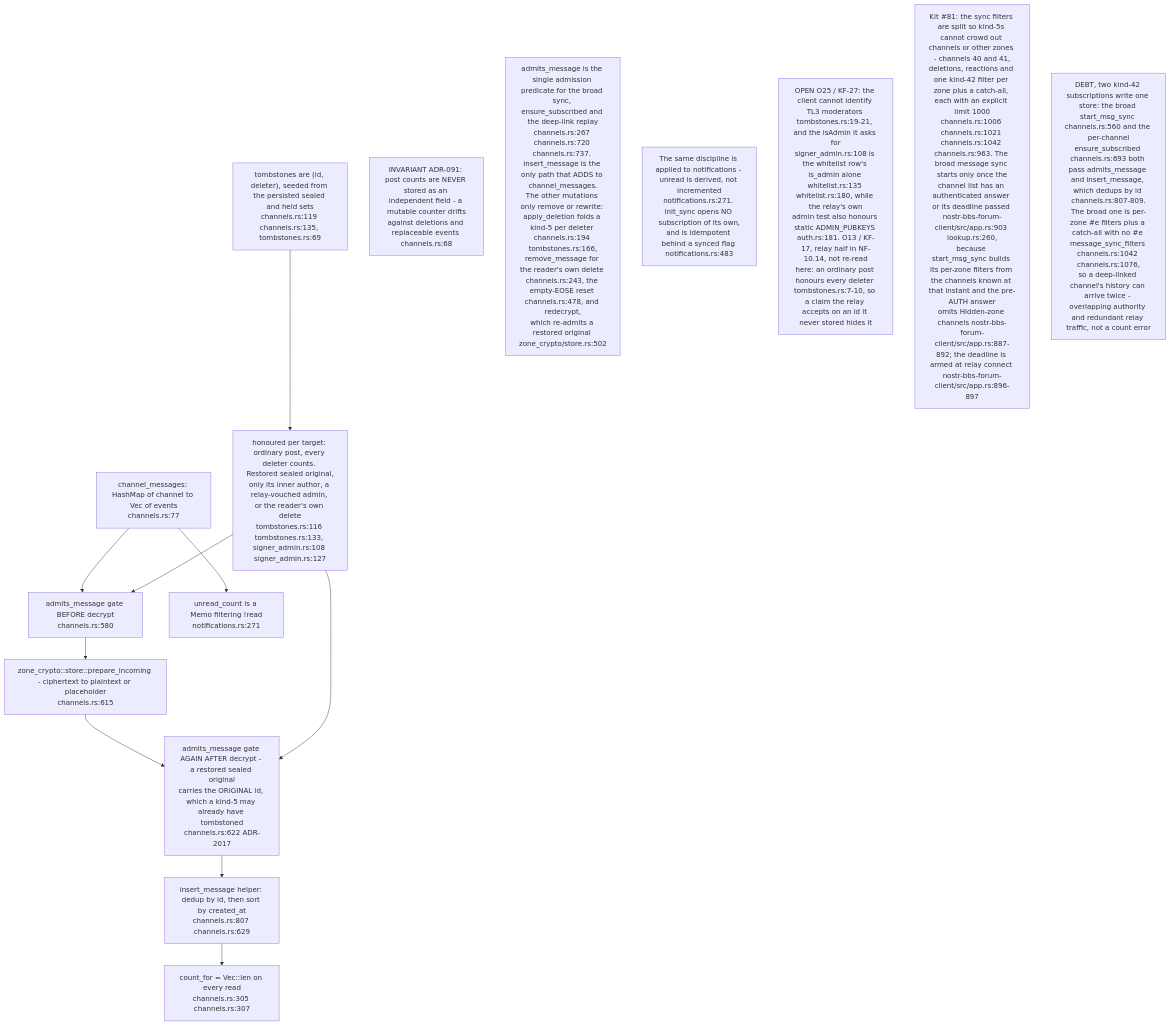
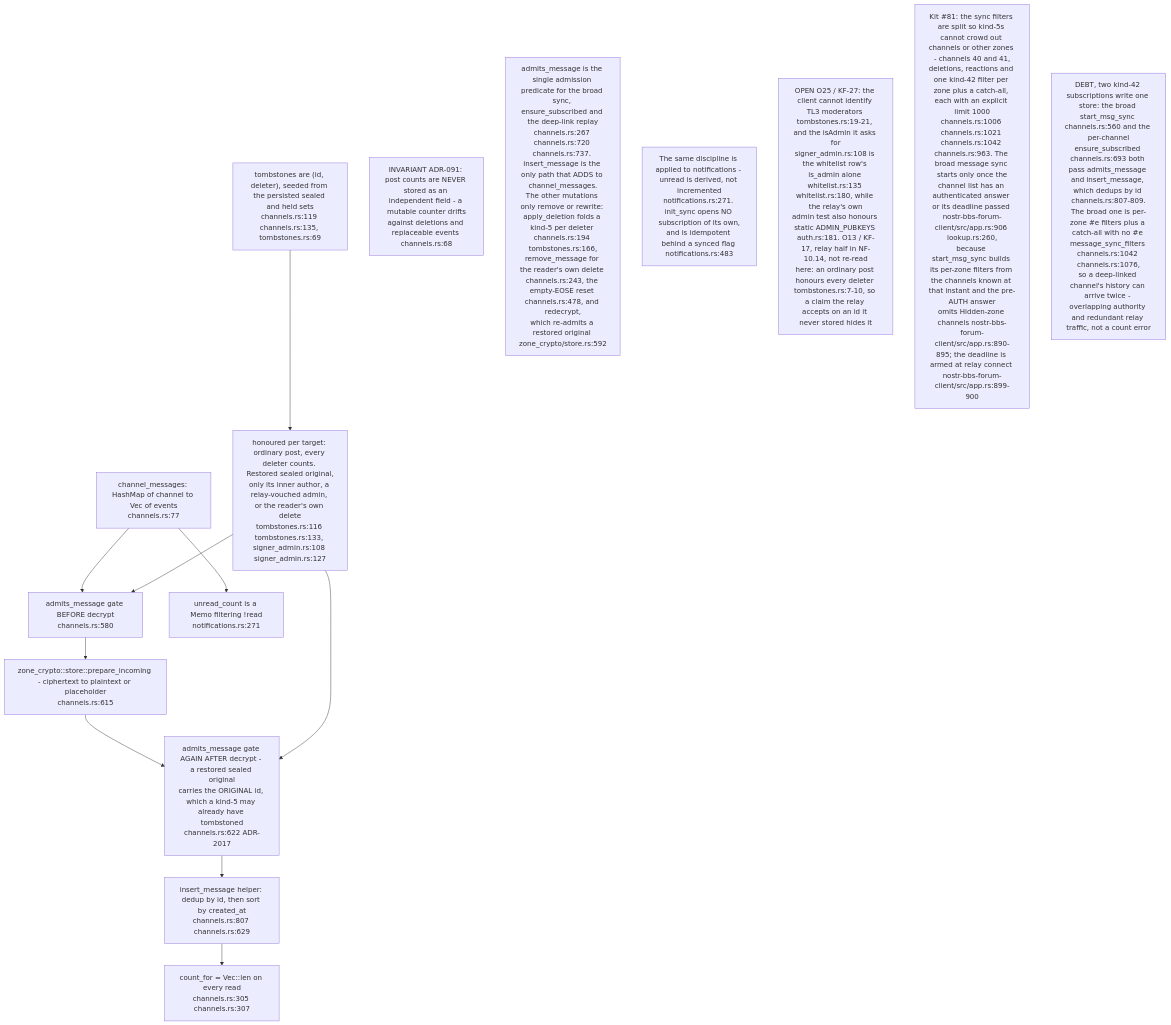
One commit to DreamLab-AI/VisionFlow changed the sixth of 8 diagrams in docs/diagrams/nostr-rust-forum/05-leptos-clients-onboarding-messaging-governance.md. Above: the diagram before and after it, drawn with Mermaid. The commit also changed other lines of this file and 23 other files, not shown here.

First line of the commit message:
docs(diagrams): pass C nostr-rust-forum area re-verified at de31aaa

````diff
--- a/docs/diagrams/nostr-rust-forum/05-leptos-clients-onboarding-messaging-governance.md
+++ b/docs/diagrams/nostr-rust-forum/05-leptos-clients-onboarding-messaging-governance.md
@@ -255,25 +255,25 @@
 ```mermaid
 flowchart TB
     EVS["channel_messages: HashMap of channel to Vec of events<br/>channels.rs:77"]
     TOMB["tombstones are (id, deleter), seeded from the persisted sealed and held sets<br/>channels.rs:119 channels.rs:135, tombstones.rs:69"]
     GATE1["admits_message gate BEFORE decrypt<br/>channels.rs:580"]
     DEC["zone_crypto::store::prepare_incoming - ciphertext to plaintext or placeholder<br/>channels.rs:615"]
     GATE2["admits_message gate AGAIN AFTER decrypt - a restored sealed original<br/>carries the ORIGINAL id, which a kind-5 may already have tombstoned<br/>channels.rs:622 ADR-2017"]
     INS["insert_message helper: dedup by id, then sort by created_at<br/>channels.rs:807 channels.rs:629"]
     CNT["count_for = Vec::len on every read<br/>channels.rs:305 channels.rs:307"]
     UNREAD["unread_count is a Memo filtering !read<br/>notifications.rs:271"]
     HON["honoured per target: ordinary post, every deleter counts. Restored sealed original,<br/>only its inner author, a relay-vouched admin, or the reader's own delete<br/>tombstones.rs:116 tombstones.rs:133, signer_admin.rs:108 signer_admin.rs:127"]
 
     EVS --> GATE1 --> DEC --> GATE2 --> INS --> CNT
     TOMB --> HON
     HON --> GATE1
     HON --> GATE2
     EVS --> UNREAD
 
     N1["INVARIANT ADR-091: post counts are NEVER stored as an independent field - a mutable counter drifts<br/>against deletions and replaceable events channels.rs:68"]
-    N2["admits_message is the single admission predicate for the broad sync, ensure_subscribed and the deep-link replay<br/>channels.rs:267 channels.rs:720 channels.rs:737. insert_message is the only path that ADDS to channel_messages.<br/>The other mutations only remove or rewrite: apply_deletion folds a kind-5 per deleter channels.rs:194 tombstones.rs:166,<br/>remove_message for the reader's own delete channels.rs:243, the empty-EOSE reset channels.rs:478, and redecrypt,<br/>which re-admits a restored original zone_crypto/store.rs:502"]
+    N2["admits_message is the single admission predicate for the broad sync, ensure_subscribed and the deep-link replay<br/>channels.rs:267 channels.rs:720 channels.rs:737. insert_message is the only path that ADDS to channel_messages.<br/>The other mutations only remove or rewrite: apply_deletion folds a kind-5 per deleter channels.rs:194 tombstones.rs:166,<br/>remove_message for the reader's own delete channels.rs:243, the empty-EOSE reset channels.rs:478, and redecrypt,<br/>which re-admits a restored original zone_crypto/store.rs:592"]
     N3["The same discipline is applied to notifications - unread is derived, not incremented<br/>notifications.rs:271. init_sync opens NO subscription of its own,<br/>and is idempotent behind a synced flag notifications.rs:483"]
     N4["OPEN O25 / KF-27: the client cannot identify TL3 moderators tombstones.rs:19-21, and the isAdmin it asks for<br/>signer_admin.rs:108 is the whitelist row's is_admin alone whitelist.rs:135 whitelist.rs:180, while the relay's own<br/>admin test also honours static ADMIN_PUBKEYS auth.rs:181. O13 / KF-17, relay half in NF-10.14, not re-read<br/>here: an ordinary post honours every deleter tombstones.rs:7-10, so a claim the relay accepts on an id it never stored hides it"]
-    N5["Kit #81: the sync filters are split so kind-5s cannot crowd out channels or other zones - channels 40 and 41,<br/>deletions, reactions and one kind-42 filter per zone plus a catch-all, each with an explicit limit 1000<br/>channels.rs:1006 channels.rs:1021 channels.rs:1042 channels.rs:963. The broad message sync starts only once the<br/>channel list has an authenticated answer or its deadline passed nostr-bbs-forum-client/src/app.rs:903 lookup.rs:260,<br/>because start_msg_sync builds its per-zone filters from the channels known at that instant and the pre-AUTH answer<br/>omits Hidden-zone channels nostr-bbs-forum-client/src/app.rs:887-892; the deadline is armed at relay connect nostr-bbs-forum-client/src/app.rs:896-897"]
+    N5["Kit #81: the sync filters are split so kind-5s cannot crowd out channels or other zones - channels 40 and 41,<br/>deletions, reactions and one kind-42 filter per zone plus a catch-all, each with an explicit limit 1000<br/>channels.rs:1006 channels.rs:1021 channels.rs:1042 channels.rs:963. The broad message sync starts only once the<br/>channel list has an authenticated answer or its deadline passed nostr-bbs-forum-client/src/app.rs:906 lookup.rs:260,<br/>because start_msg_sync builds its per-zone filters from the channels known at that instant and the pre-AUTH answer<br/>omits Hidden-zone channels nostr-bbs-forum-client/src/app.rs:890-895; the deadline is armed at relay connect nostr-bbs-forum-client/src/app.rs:899-900"]
     N6["DEBT, two kind-42 subscriptions write one store: the broad start_msg_sync channels.rs:560 and the per-channel<br/>ensure_subscribed channels.rs:693 both pass admits_message and insert_message, which dedups by id channels.rs:807-809.<br/>The broad one is per-zone #e filters plus a catch-all with no #e message_sync_filters channels.rs:1042 channels.rs:1076,<br/>so a deep-linked channel's history can arrive twice - overlapping authority and redundant relay traffic, not a count error"]
 ```
````
